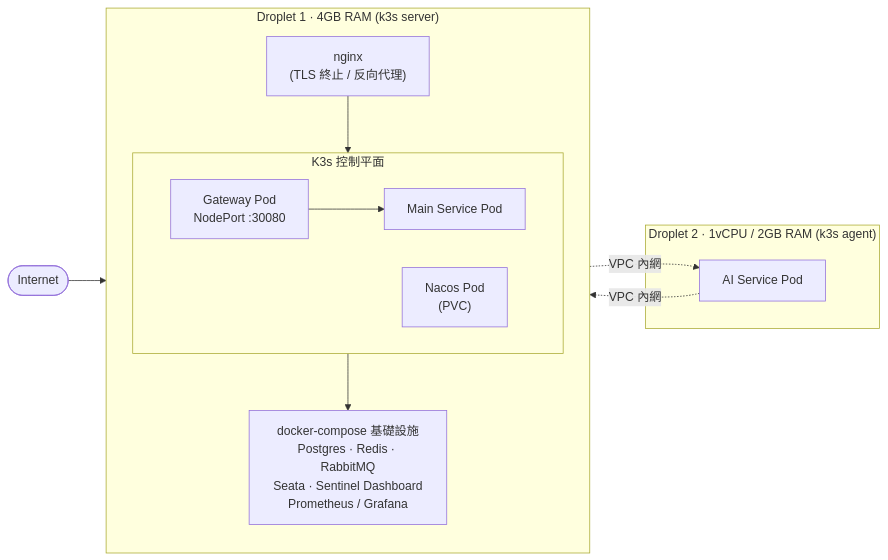
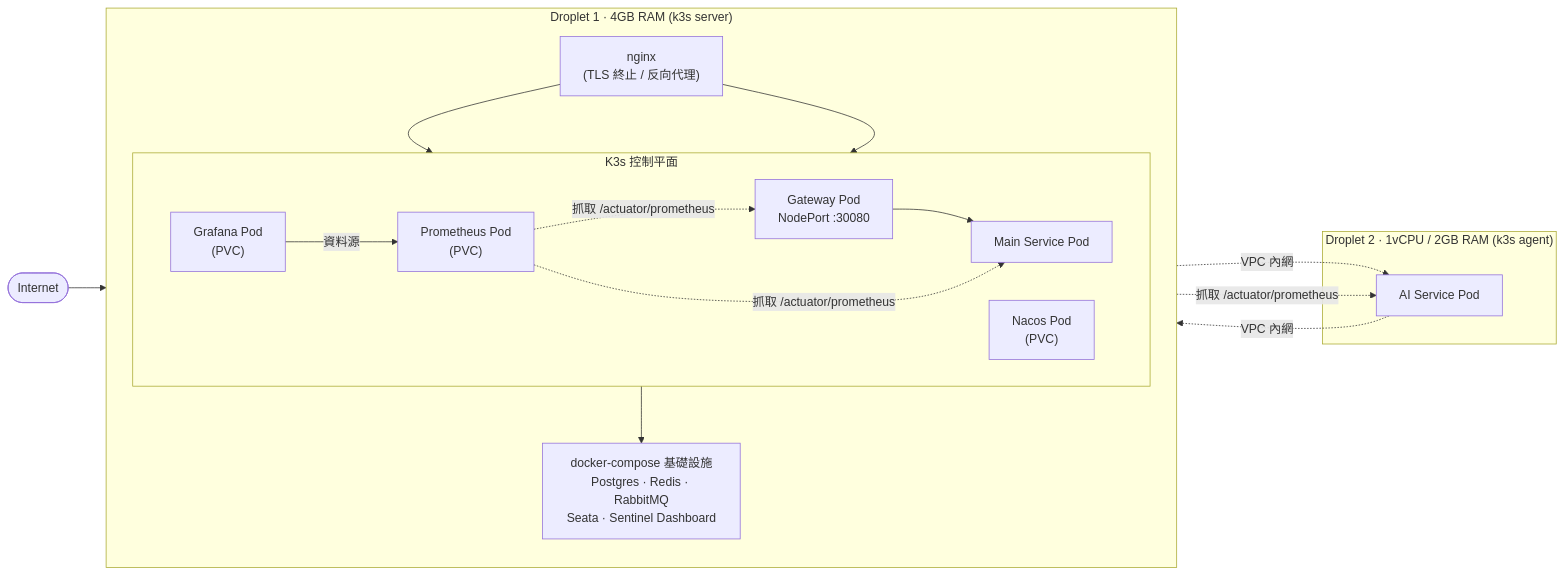
One commit to hysyoi/classcord-docs changed the third of 3 diagrams in docs/index.md. Above: the diagram before and after it, drawn with Mermaid. The commit also changed other lines of this file and 1 other file, not shown here.

````diff
--- a/docs/index.md
+++ b/docs/index.md
@@ -280,24 +282,31 @@
 ```mermaid
 flowchart LR
     subgraph D1["Droplet 1 · 4GB RAM (k3s server)"]
         direction TB
         NG["nginx<br/>(TLS 終止 / 反向代理)"]
         subgraph K3S1["K3s 控制平面"]
             direction LR
             GWpod["Gateway Pod<br/>NodePort :30080"]
             MainPod["Main Service Pod"]
             NacosPod["Nacos Pod<br/>(PVC)"]
+            PromPod["Prometheus Pod<br/>(PVC)"]
+            GrafanaPod["Grafana Pod<br/>(PVC)"]
         end
-        Infra["docker-compose 基礎設施<br/>Postgres · Redis · RabbitMQ<br/>Seata · Sentinel Dashboard<br/>Prometheus / Grafana"]
+        Infra["docker-compose 基礎設施<br/>Postgres · Redis · RabbitMQ<br/>Seata · Sentinel Dashboard"]
     end
 
     subgraph D2["Droplet 2 · 1vCPU / 2GB RAM (k3s agent)"]
         AIpod["AI Service Pod"]
     end
 
     Internet(["Internet"]) --> NG --> GWpod
+    NG --> GrafanaPod
     GWpod --> MainPod
     GWpod -.VPC 內網.-> AIpod
     MainPod --> Infra
     AIpod -.VPC 內網.-> Infra
+    PromPod -. 抓取 /actuator/prometheus .-> GWpod
+    PromPod -. 抓取 /actuator/prometheus .-> MainPod
+    PromPod -. 抓取 /actuator/prometheus .-> AIpod
+    GrafanaPod -- 資料源 --> PromPod
 ```
````
